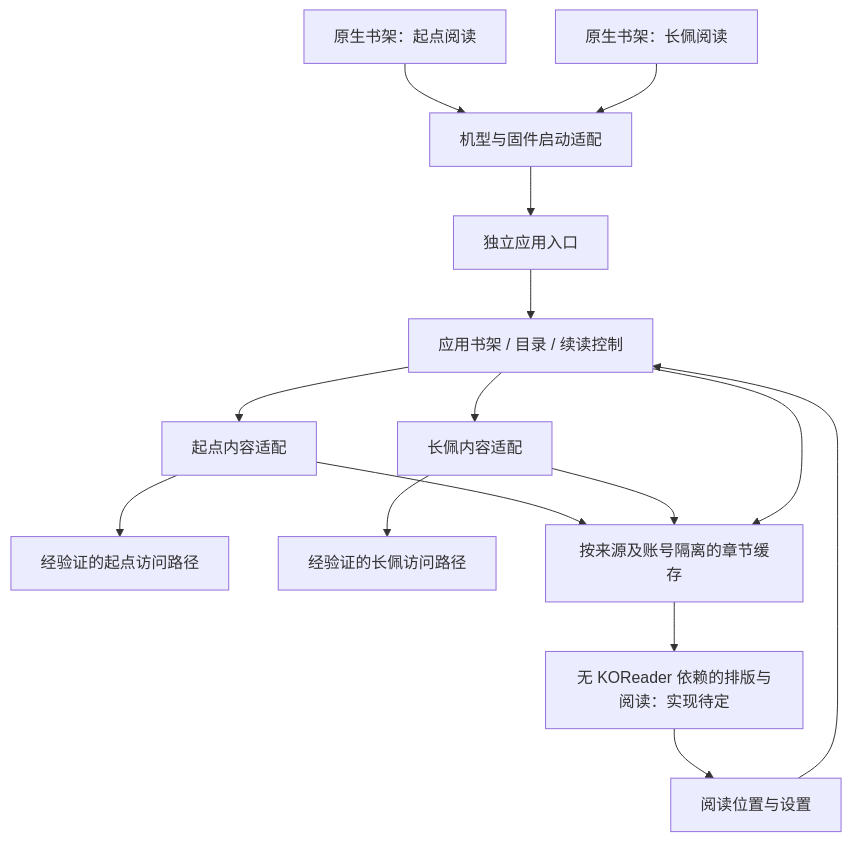
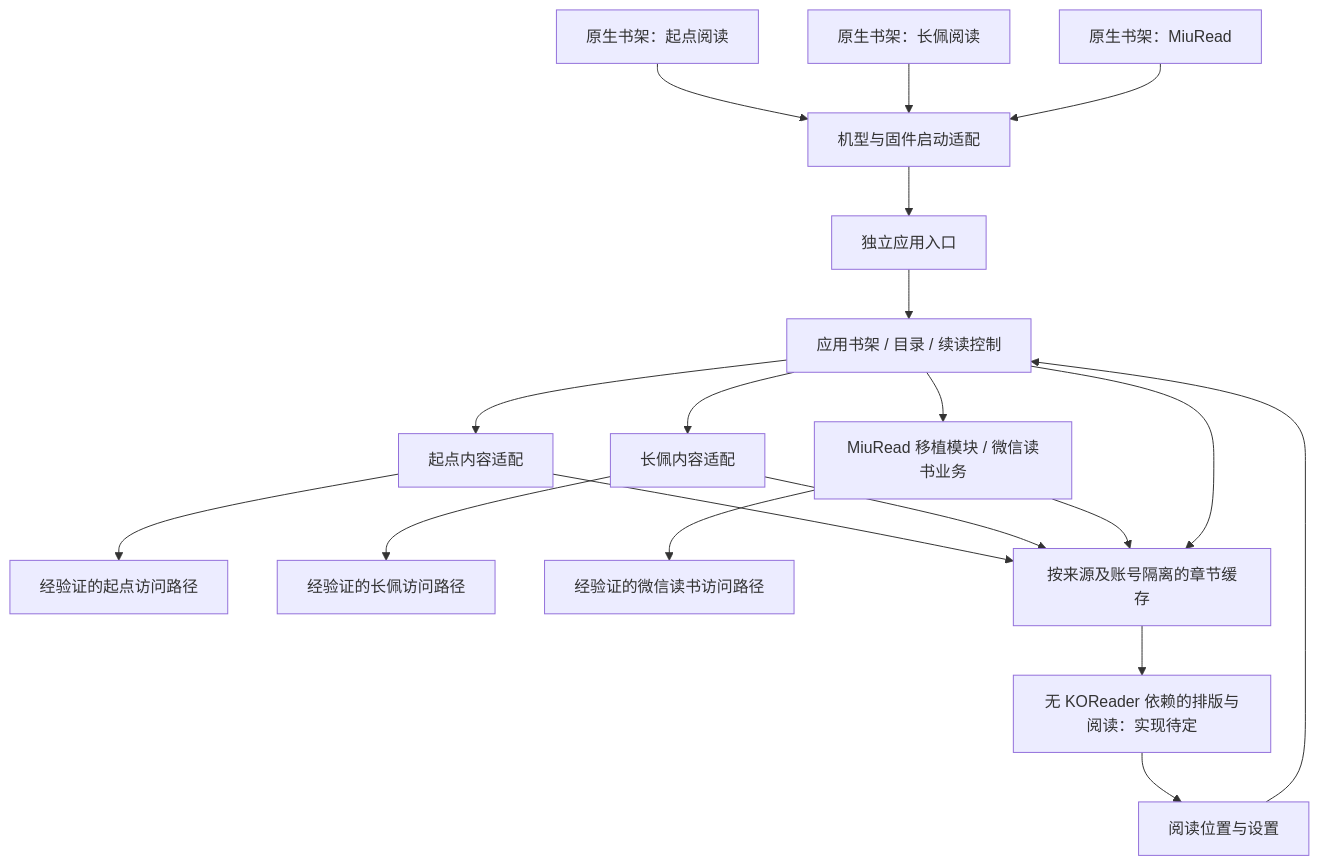
The diagram in docs/superpowers/specs/2026-10-27-kindle-qidian-design.md (xinhang725-code/kindle-read), drawn with Mermaid before and after one commit. The commit also changed other lines of this file and 4 other files, not shown here.

Commit message:
docs: make standalone MiuRead a third native bookshelf app

````diff
--- a/docs/superpowers/specs/2026-10-27-kindle-qidian-design.md
+++ b/docs/superpowers/specs/2026-10-27-kindle-qidian-design.md
@@ -158,17 +162,21 @@
 ```mermaid
 flowchart TD
     ShelfQ[原生书架：起点阅读] --> Launch[机型与固件启动适配]
     ShelfC[原生书架：长佩阅读] --> Launch
+    ShelfM[原生书架：MiuRead] --> Launch
     Launch --> Entry[独立应用入口]
     Entry --> App[应用书架 / 目录 / 续读控制]
     App --> Qidian[起点内容适配]
     App --> Changpei[长佩内容适配]
+    App --> MiuRead[MiuRead 移植模块 / 微信读书业务]
     Qidian --> SourceQ[经验证的起点访问路径]
     Changpei --> SourceC[经验证的长佩访问路径]
+    MiuRead --> SourceM[经验证的微信读书访问路径]
     Qidian --> Cache[按来源及账号隔离的章节缓存]
     Changpei --> Cache
+    MiuRead --> Cache
     App --> Cache
     Cache --> Reader[无 KOReader 依赖的排版与阅读：实现待定]
     Reader --> Progress[阅读位置与设置]
     Progress --> App
 ```
````
